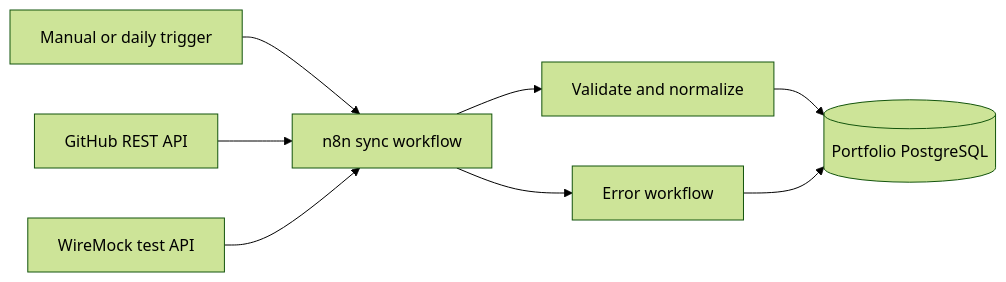
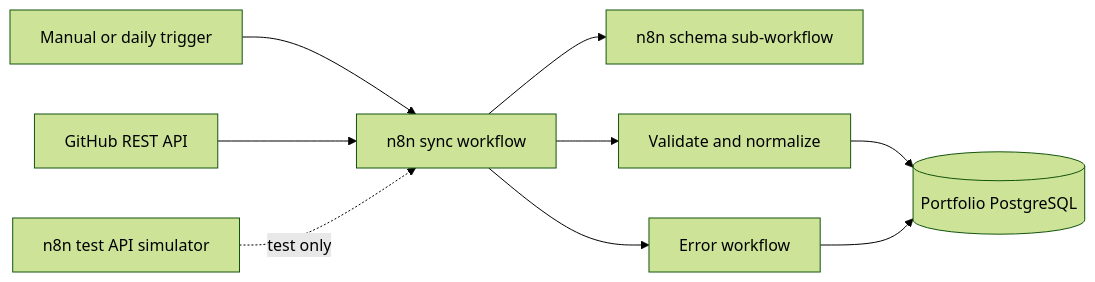
One commit to edmaker89/github-portfolio-sync changed the first of 2 diagrams in docs/architecture.md. Above: the diagram before and after it, drawn with Mermaid (forest theme). The commit also changed other lines of this file and 8 other files, not shown here.

````diff
--- a/docs/architecture.md
+++ b/docs/architecture.md
@@ -5,10 +5,11 @@
 ```mermaid
 flowchart LR
     Trigger[Manual or daily trigger] --> Sync[n8n sync workflow]
+    Sync --> Schema[n8n schema sub-workflow]
     GitHub[GitHub REST API] --> Sync
-    Mock[WireMock test API] --> Sync
+    Simulator[n8n test API simulator] -. test only .-> Sync
     Sync --> Normalize[Validate and normalize]
     Normalize --> Postgres[(Portfolio PostgreSQL)]
     Sync --> Error[Error workflow]
     Error --> Postgres
 ```
````
